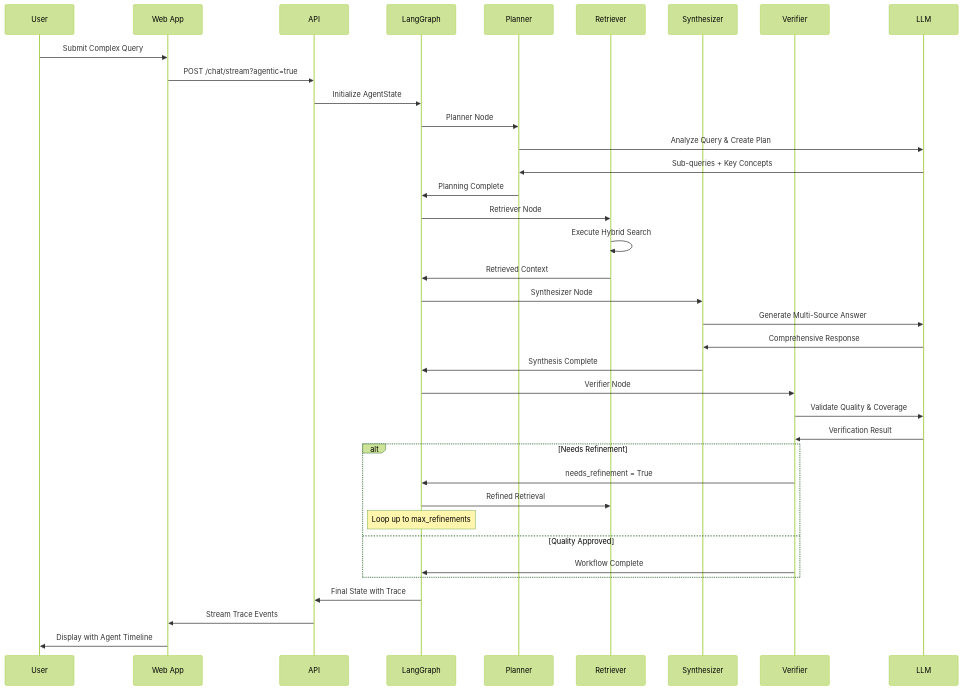
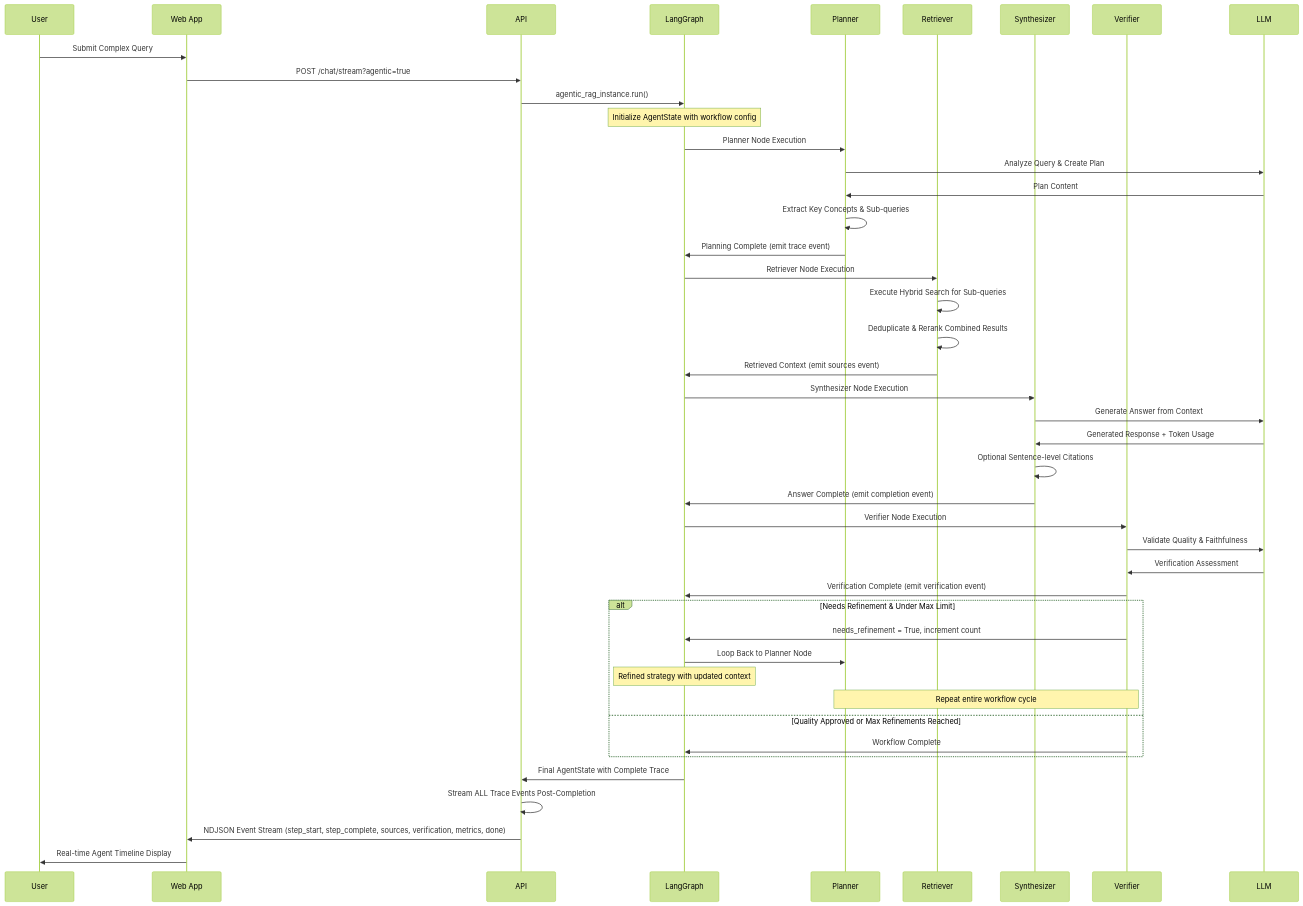
The fourth of 4 diagrams in docs/ARCHITECTURE.md (Marcussy34/maistorage), drawn with Mermaid (forest theme) before and after one commit. The commit also changed other lines of this file and 8 other files, not shown here.

````diff
--- a/docs/ARCHITECTURE.md
+++ b/docs/ARCHITECTURE.md
@@ -241,46 +246,53 @@
 ```mermaid
 sequenceDiagram
     participant U as User
     participant W as Web App
     participant A as API
     participant G as LangGraph
     participant P as Planner
     participant R as Retriever
     participant S as Synthesizer
     participant V as Verifier
     participant L as LLM
 
     U->>W: Submit Complex Query
     W->>A: POST /chat/stream?agentic=true
-    A->>G: Initialize AgentState
+    A->>G: agentic_rag_instance.run()
     
-    G->>P: Planner Node
+    Note over G: Initialize AgentState with workflow config
+    G->>P: Planner Node Execution
     P->>L: Analyze Query & Create Plan
-    L->>P: Sub-queries + Key Concepts
-    P->>G: Planning Complete
+    L->>P: Plan Content
+    P->>P: Extract Key Concepts & Sub-queries
+    P->>G: Planning Complete (emit trace event)
     
-    G->>R: Retriever Node  
-    R->>R: Execute Hybrid Search
-    R->>G: Retrieved Context
+    G->>R: Retriever Node Execution
+    R->>R: Execute Hybrid Search for Sub-queries
+    R->>R: Deduplicate & Rerank Combined Results
+    R->>G: Retrieved Context (emit sources event)
     
-    G->>S: Synthesizer Node
-    S->>L: Generate Multi-Source Answer
-    L->>S: Comprehensive Response
-    S->>G: Synthesis Complete
+    G->>S: Synthesizer Node Execution
+    S->>L: Generate Answer from Context
+    L->>S: Generated Response + Token Usage
+    S->>S: Optional Sentence-level Citations
+    S->>G: Answer Complete (emit completion event)
     
-    G->>V: Verifier Node
-    V->>L: Validate Quality & Coverage
-    L->>V: Verification Result
+    G->>V: Verifier Node Execution
+    V->>L: Validate Quality & Faithfulness
+    L->>V: Verification Assessment
+    V->>G: Verification Complete (emit verification event)
     
-    alt Needs Refinement
-        V->>G: needs_refinement = True
-        G->>R: Refined Retrieval
-        note over G: Loop up to max_refinements
-    else Quality Approved
+    alt Needs Refinement & Under Max Limit
+        V->>G: needs_refinement = True, increment count
+        G->>P: Loop Back to Planner Node
+        Note over G: Refined strategy with updated context
+        Note over P,V: Repeat entire workflow cycle
+    else Quality Approved or Max Refinements Reached
         V->>G: Workflow Complete
     end
     
-    G->>A: Final State with Trace
-    A->>W: Stream Trace Events
-    W->>U: Display with Agent Timeline
+    G->>A: Final AgentState with Complete Trace
+    A->>A: Stream ALL Trace Events Post-Completion
+    A->>W: NDJSON Event Stream (step_start, step_complete, sources, verification, metrics, done)
+    W->>U: Real-time Agent Timeline Display
 ```
````
